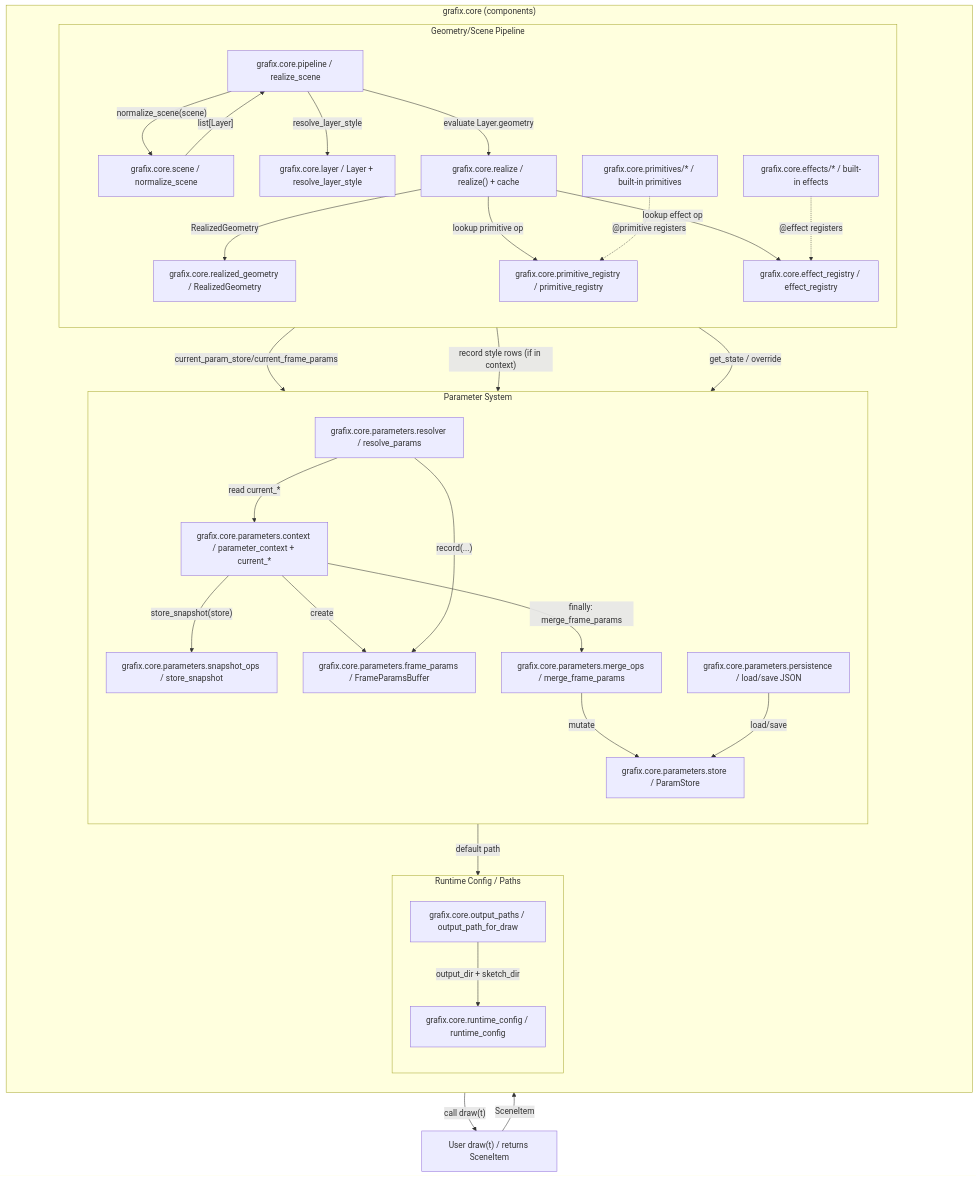
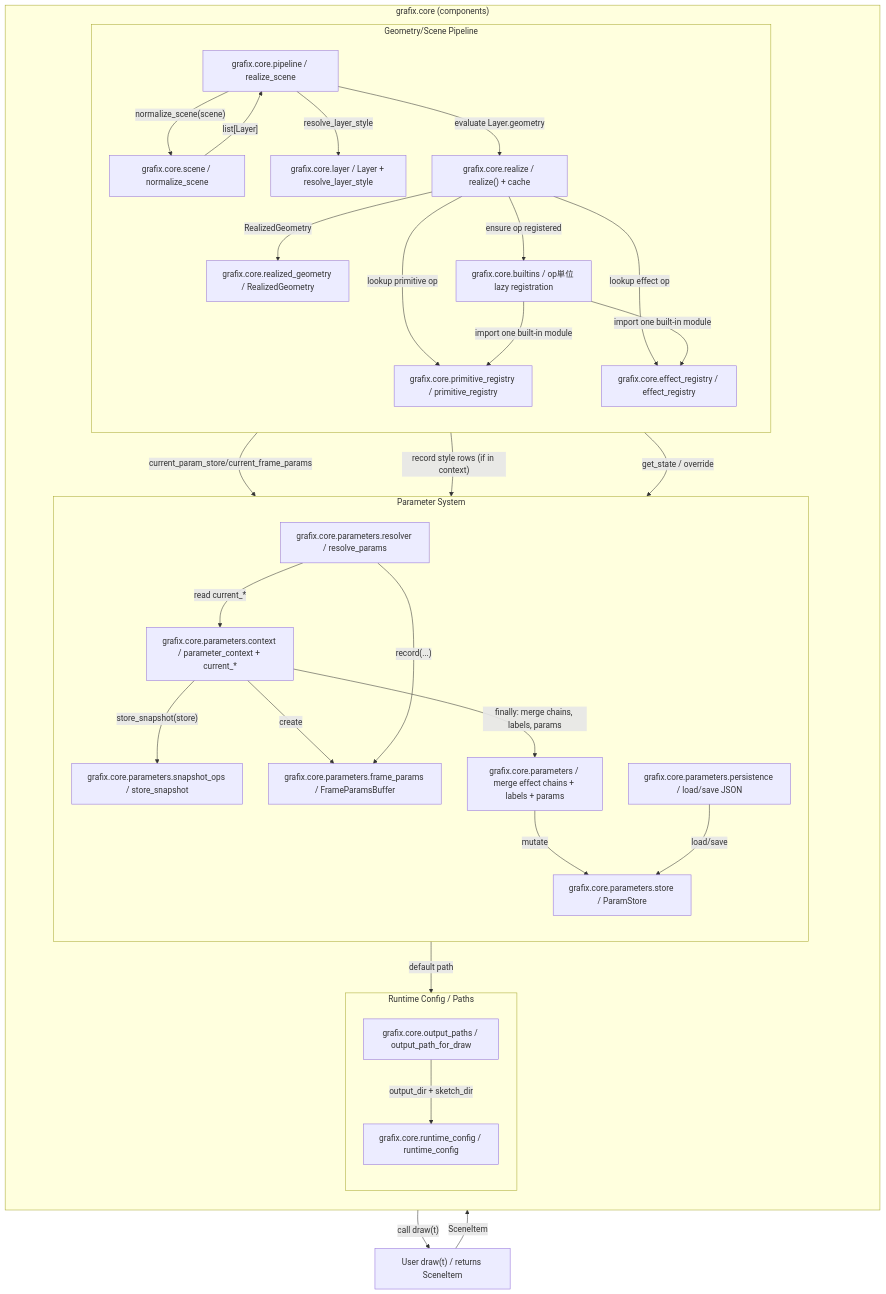
The second of 4 diagrams in docs/architecture_visualization.md (tyhts0829/grafix), drawn with Mermaid before and after one commit. The commit also changed other lines of this file and 358 other files, not shown here.

````diff
--- a/docs/architecture_visualization.md
+++ b/docs/architecture_visualization.md
@@ -116,69 +121,69 @@
 ```mermaid
 flowchart TB
     draw["User draw(t) / returns SceneItem"]
 
     subgraph CORE["grafix.core (components)"]
       direction TB
 
       subgraph PIPE["Geometry/Scene Pipeline"]
         direction TB
         pipeline["grafix.core.pipeline / realize_scene"]
         scene["grafix.core.scene / normalize_scene"]
         layer["grafix.core.layer / Layer + resolve_layer_style"]
         realize["grafix.core.realize / realize() + cache"]
         realized["grafix.core.realized_geometry / RealizedGeometry"]
         preg["grafix.core.primitive_registry / primitive_registry"]
         ereg["grafix.core.effect_registry / effect_registry"]
-        builtPrim["grafix.core.primitives/* / built-in primitives"]
-        builtEff["grafix.core.effects/* / built-in effects"]
+        builtins["grafix.core.builtins / op単位 lazy registration"]
       end
 
       subgraph PARAMS["Parameter System"]
         direction TB
         store["grafix.core.parameters.store / ParamStore"]
         pctx["grafix.core.parameters.context / parameter_context + current_*"]
         psnap["grafix.core.parameters.snapshot_ops / store_snapshot"]
         pbuf["grafix.core.parameters.frame_params / FrameParamsBuffer"]
         pres["grafix.core.parameters.resolver / resolve_params"]
-        pmerge["grafix.core.parameters.merge_ops / merge_frame_params"]
+        pmerge["grafix.core.parameters / merge effect chains + labels + params"]
         persist["grafix.core.parameters.persistence / load/save JSON"]
       end
 
       subgraph IO["Runtime Config / Paths"]
         direction TB
         runtimeCfg["grafix.core.runtime_config / runtime_config"]
         paths["grafix.core.output_paths / output_path_for_draw"]
       end
     end
 
     %% Pipeline execution
     pipeline -->|"call draw(t)"| draw
     draw -->|"SceneItem"| pipeline
     pipeline -->|"normalize_scene(scene)"| scene
     scene -->|"list[Layer]"| pipeline
     pipeline -->|"resolve_layer_style"| layer
     pipeline -->|"evaluate Layer.geometry"| realize
     realize -->|"RealizedGeometry"| realized
     realize -->|"lookup primitive op"| preg
     realize -->|"lookup effect op"| ereg
 
-    %% Import side-effect registrations (conceptual)
-    builtPrim -.->|"@primitive registers"| preg
-    builtEff -.->|"@effect registers"| ereg
+    %% Built-in registration is manifest-driven and lazy per op.
+    realize -->|"ensure op registered"| builtins
+    builtins -->|"import one built-in module"| preg
+    builtins -->|"import one built-in module"| ereg
 
     %% Parameters (frame boundary)
     pctx -->|"store_snapshot(store)"| psnap
     pctx -->|"create"| pbuf
     pres -->|"read current_*"| pctx
     pres -->|"record(...)"| pbuf
     pipeline -->|"current_param_store/current_frame_params"| pctx
     pipeline -->|"record style rows (if in context)"| pbuf
     pipeline -->|"get_state / override"| store
-    pctx -->|"finally: merge_frame_params"| pmerge
+    pctx -->|"finally: merge chains, labels, params"| pmerge
     pmerge -->|"mutate"| store
 
     %% Persistence / paths
     persist -->|"load/save"| store
     persist -->|"default path"| paths
     paths -->|"output_dir + sketch_dir"| runtimeCfg
 ```
````
